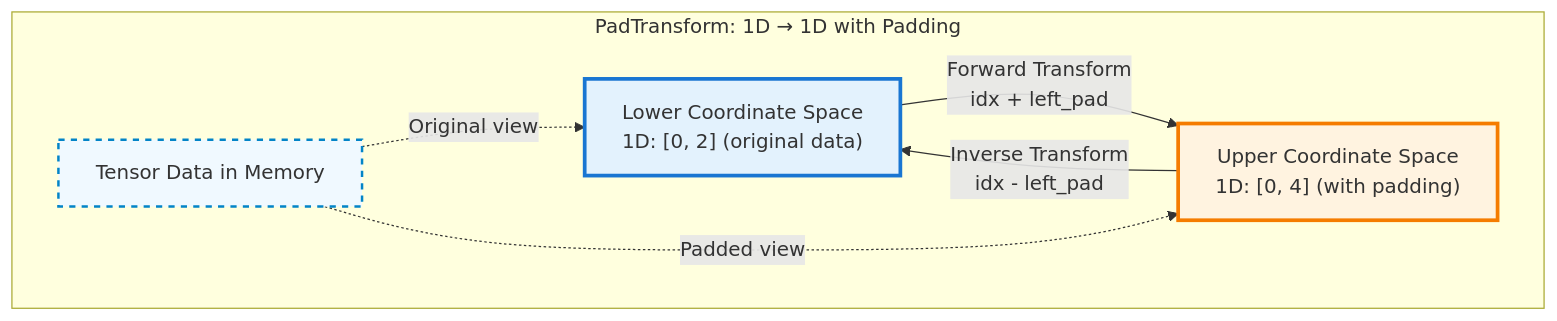
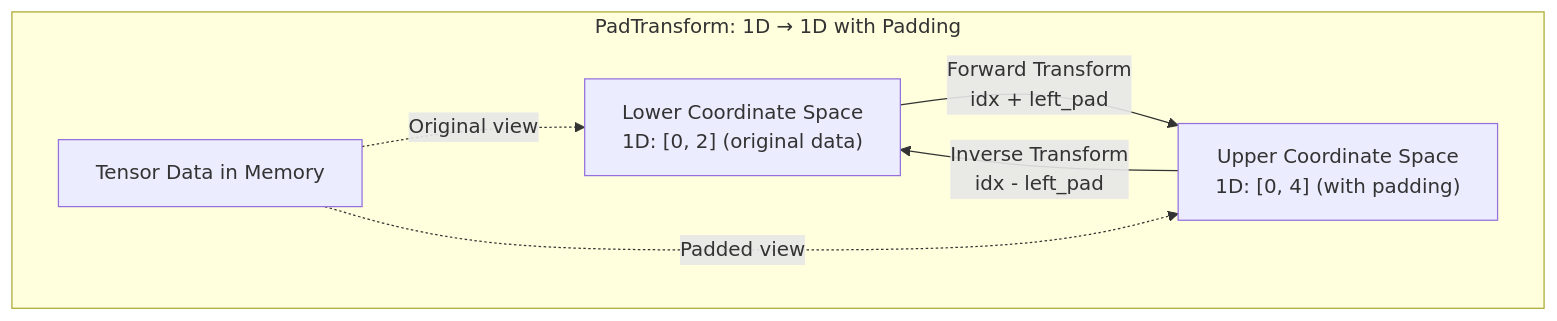
The ninth of 12 diagrams in projects/composablekernel/docs/conceptual/ck_tile/transforms.rst (hdt98/rocm-libraries), drawn with Mermaid before and after one commit. The commit also changed other lines of this file and 21 other files, not shown here.

First line of the commit message:
[ck] Updated CK Tile documentation to use mermaid diagrams (#7955)

```diff
--- a/projects/composablekernel/docs/conceptual/ck_tile/transforms.rst
+++ b/projects/composablekernel/docs/conceptual/ck_tile/transforms.rst
@@ -564,19 +440,15 @@
-      .. mermaid::
-      
-         graph TB
-             subgraph "PadTransform: 1D → 1D with Padding"
-                 LS["Lower Coordinate Space<br/>1D: [0, 2] (original data)"]
-                 US["Upper Coordinate Space<br/>1D: [0, 4] (with padding)"]
-                 
-                 DATA["Tensor Data in Memory"]
-             end
-             
-             LS -->|"Forward Transform<br/>idx + left_pad"| US
-             US -->|"Inverse Transform<br/>idx - left_pad"| LS
-             
-             DATA -.->|"Original view"| LS
-             DATA -.->|"Padded view"| US
-             
-             style LS fill:#e3f2fd,stroke:#1976d2,stroke-width:3px
-             style US fill:#fff3e0,stroke:#f57c00,stroke-width:3px
-             style DATA fill:#f0f9ff,stroke:#0284c7,stroke-width:2px,stroke-dasharray: 5 5
+.. mermaid::
+
+   graph TB
+       subgraph "PadTransform: 1D → 1D with Padding"
+           LS["Lower Coordinate Space<br/>1D: [0, 2] (original data)"]
+           US["Upper Coordinate Space<br/>1D: [0, 4] (with padding)"]
+
+           DATA["Tensor Data in Memory"]
+       end
+
+       LS -->|"Forward Transform<br/>idx + left_pad"| US
+       US -->|"Inverse Transform<br/>idx - left_pad"| LS
+
+       DATA -.->|"Original view"| LS
+       DATA -.->|"Padded view"| US
```
